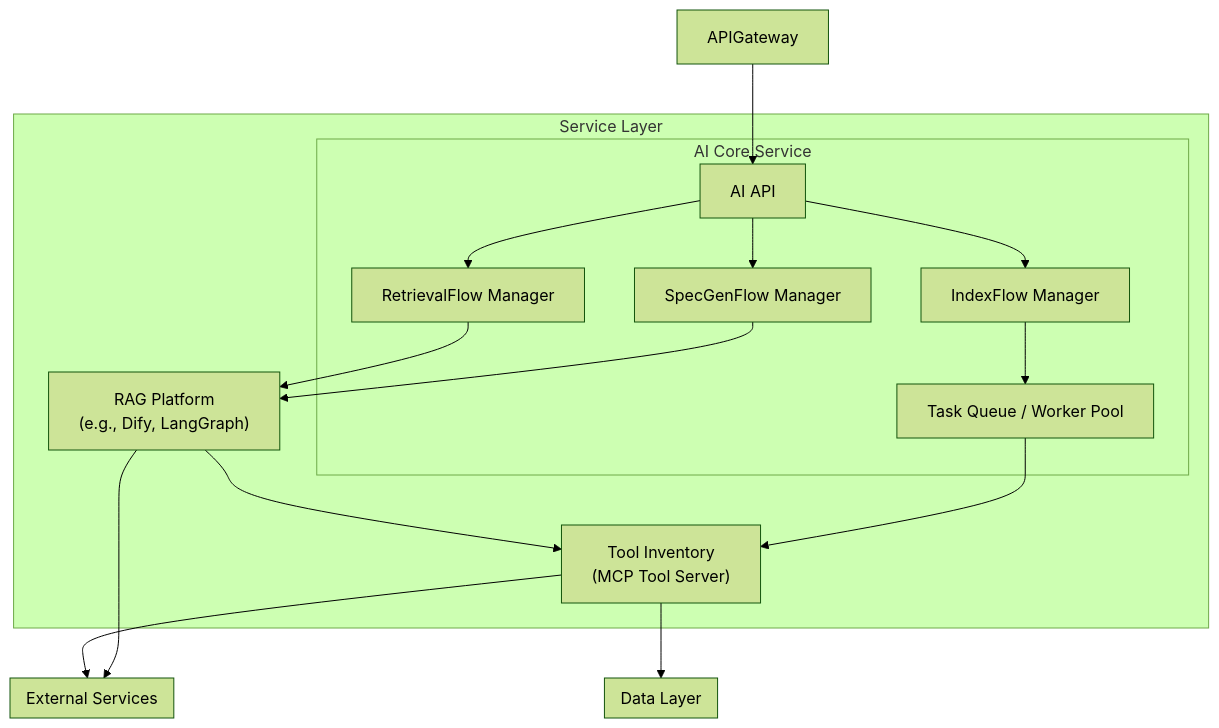
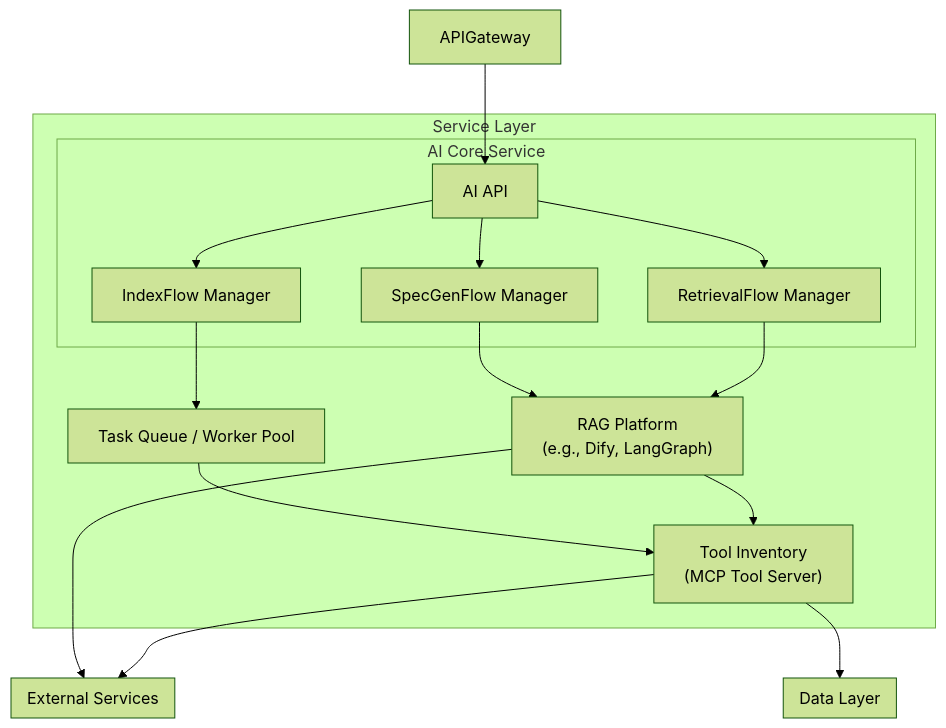
Before and after one commit to anhttmle/CAIO: the third of 3 diagrams in Project Assistant/README.md, drawn with Mermaid (forest theme).

````diff
--- a/Project Assistant/README.md
+++ b/Project Assistant/README.md
@@ -82,64 +82,64 @@
 ```mermaid
 
 graph TB
     %% Service Layer
     subgraph LService["Service Layer"]
 
         subgraph AICore["AI Core Service"]
             AI["AI API"]
             IndexFlow["IndexFlow Manager"]
             SpecGenFlow["SpecGenFlow Manager"]
             RetrievalFlow["RetrievalFlow Manager"]
-            AIWorker["Task Queue / Worker Pool"]
         end
 
+        AIWorker["Task Queue / Worker Pool"]
         RAGPlatform["RAG Platform<br/>(e.g., Dify, LangGraph)"]
         ToolInventory["Tool Inventory<br/>(MCP Tool Server)"]
     end
 
     %% Data Layer
     subgraph LData["Data Layer"]
 
         %% RelDB["Relational DB<br/>(Project Metadata, User Spec, etc.)"]
         %% VecDB["Vector DB<br/>(Code, Spec Embeddings)"]
         %% GraphDB["Graph DB<br/>(Dependency Graphs, Relations)"]
         %% TextDB["Text DB<br/>(Full Text Index - Elastic/Lucene)"]
 
     end
 
     %% External Services
     subgraph LExternal["External Services"]
         %% OpenAI["OpenAI"]
         %% Gemini["Gemini"]
         %% Cohere["Cohere"]
     end
 
     %% API Gateway to AI Core
     APIGateway --> AI
 
     %% AI Core: dispatch flows
     AI --> IndexFlow
     AI --> SpecGenFlow
     AI --> RetrievalFlow
 
     %% AI Core to Worker
     IndexFlow --> AIWorker
 
     %% Worker interacts with ToolInventory
     AIWorker --> ToolInventory
 
     %% RAG Platform receives call from SpecGen/Retrieval
     SpecGenFlow --> RAGPlatform
     RetrievalFlow --> RAGPlatform
 
     %% RAG Platform interacts with LLMs + ToolInventory
     RAGPlatform --> LExternal
 
     RAGPlatform --> ToolInventory
 
     %% Tool Inventory interacts with data stores & external tools
     ToolInventory --> LExternal
     ToolInventory --> LData
 
 
 ```
````
